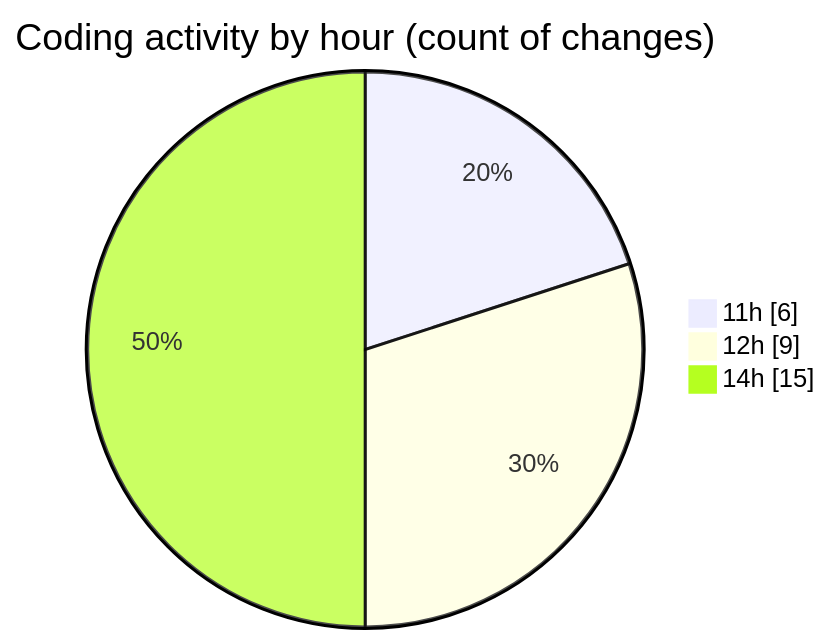
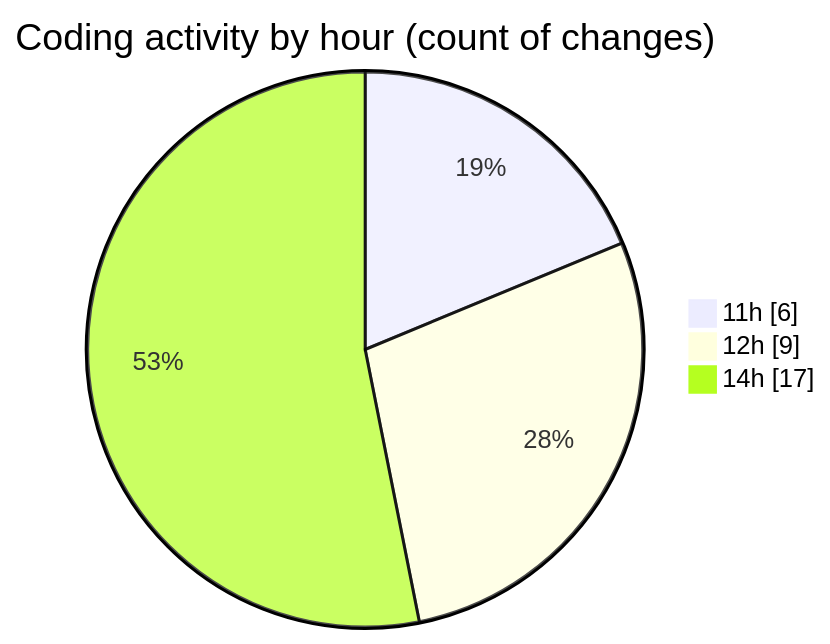
One commit to debugP/code-tracking changed the second of 2 diagrams in 2025-10-17/untitled__workspace_/README.md. Above: the diagram before and after it, drawn with Mermaid. The commit also changed other lines of this file and 1 other file, not shown here.

````diff
--- a/2025-10-17/untitled__workspace_/README.md
+++ b/2025-10-17/untitled__workspace_/README.md
@@ -32,7 +32,7 @@
 ```mermaid
 pie showData
 title Coding activity by hour (count of changes)
 "11h" : 6
 "12h" : 9
-"14h" : 15
+"14h" : 17
 ```
````
